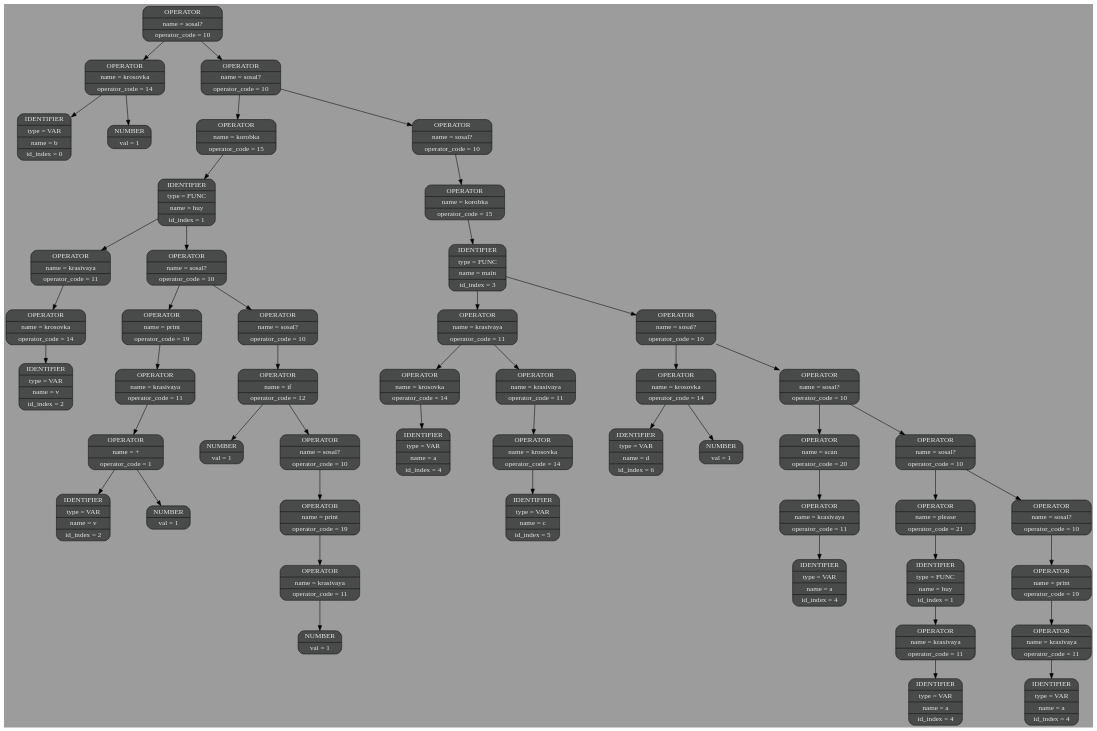
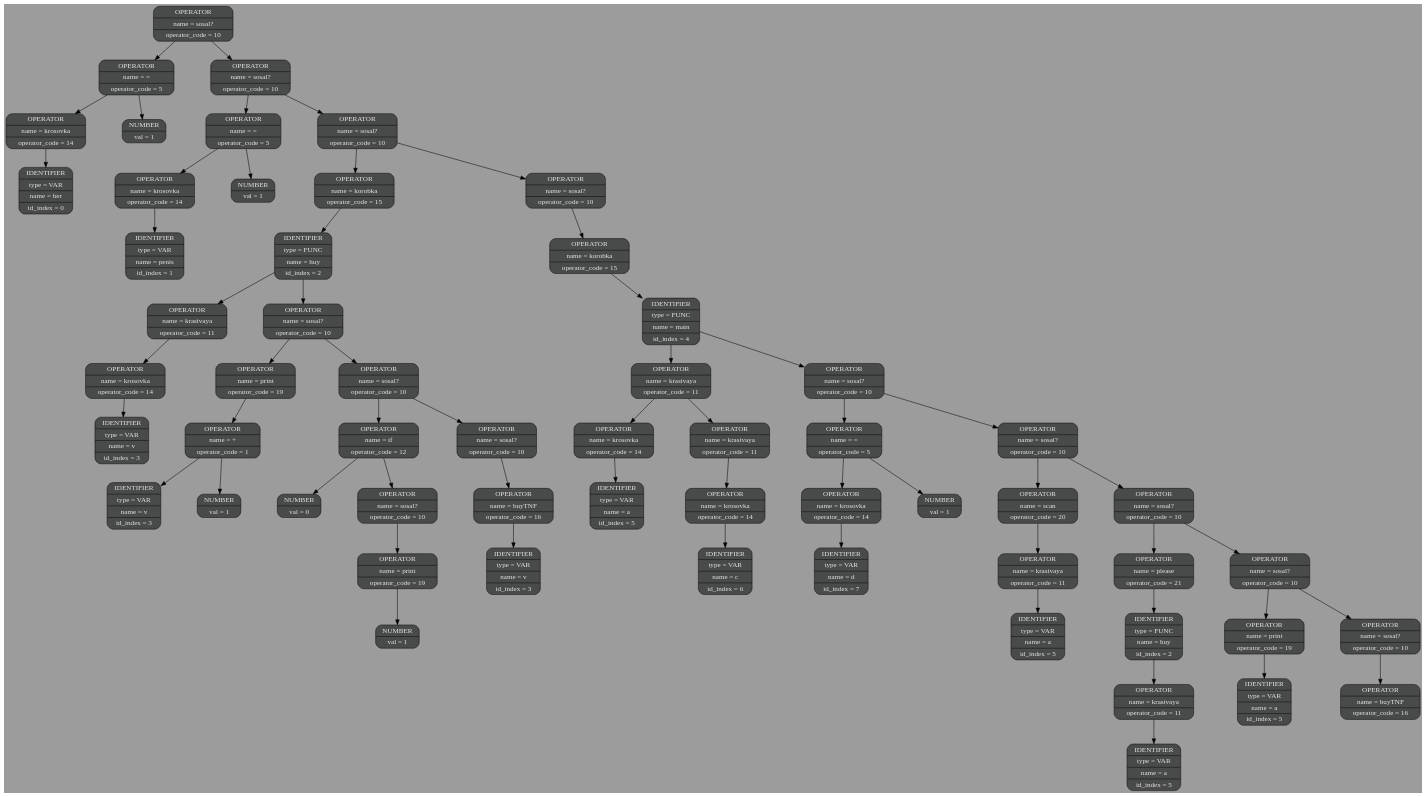
One commit to sevaphasol/language changed the diagram in frontend/logs/dot_files/001.dot. Above: the diagram before and after it, drawn with Graphviz. The commit also changed 13 other files, not shown here.

```diff
--- a/frontend/logs/dot_files/001.dot
+++ b/frontend/logs/dot_files/001.dot
@@ -5,53 +5,62 @@
 node[style=filled, color="#0a0a0a", fillcolor="#494a4a",fontcolor="#e6e6e6", fontsize=14];
 edge[color="#000000", fontsize=12, penwidth=1, fontcolor = "#49006a"];
 bgcolor="#9c9c9c";
-elem0x7bafe5c00010[shape="Mrecord", label= "{OPERATOR | name = sosal? | operator_code = 10}"];
-elem0x7bafe5c00010->elem0x7bafe5c00038;elem0x7bafe5c00038[shape="Mrecord", label= "{OPERATOR | name = krosovka | operator_code = 14}"];
-elem0x7bafe5c00038->elem0x7bafe5c00060;elem0x7bafe5c00060[shape="Mrecord", label= "{IDENTIFIER | type = VAR | name = b | id_index = 0}"];
-elem0x7bafe5c00038->elem0x7bafe5c000b0;elem0x7bafe5c000b0[shape="Mrecord", label= "{NUMBER | val = 1}"];
-elem0x7bafe5c00010->elem0x7bafe5c000d8;elem0x7bafe5c000d8[shape="Mrecord", label= "{OPERATOR | name = sosal? | operator_code = 10}"];
-elem0x7bafe5c000d8->elem0x7bafe5c00100;elem0x7bafe5c00100[shape="Mrecord", label= "{OPERATOR | name = korobka | operator_code = 15}"];
-elem0x7bafe5c00100->elem0x7bafe5c00128;elem0x7bafe5c00128[shape="Mrecord", label= "{IDENTIFIER | type = FUNC | name = huy | id_index = 1}"];
-elem0x7bafe5c00128->elem0x7bafe5c00178;elem0x7bafe5c00178[shape="Mrecord", label= "{OPERATOR | name = krasivaya | operator_code = 11}"];
-elem0x7bafe5c00178->elem0x7bafe5c001a0;elem0x7bafe5c001a0[shape="Mrecord", label= "{OPERATOR | name = krosovka | operator_code = 14}"];
-elem0x7bafe5c001a0->elem0x7bafe5c001c8;elem0x7bafe5c001c8[shape="Mrecord", label= "{IDENTIFIER | type = VAR | name = v | id_index = 2}"];
-elem0x7bafe5c00128->elem0x7bafe5c00240;elem0x7bafe5c00240[shape="Mrecord", label= "{OPERATOR | name = sosal? | operator_code = 10}"];
-elem0x7bafe5c00240->elem0x7bafe5c00268;elem0x7bafe5c00268[shape="Mrecord", label= "{OPERATOR | name = print | operator_code = 19}"];
-elem0x7bafe5c00268->elem0x7bafe5c002b8;elem0x7bafe5c002b8[shape="Mrecord", label= "{OPERATOR | name = krasivaya | operator_code = 11}"];
-elem0x7bafe5c002b8->elem0x7bafe5c00308;elem0x7bafe5c00308[shape="Mrecord", label= "{OPERATOR | name = + | operator_code = 1}"];
-elem0x7bafe5c00308->elem0x7bafe5c002e0;elem0x7bafe5c002e0[shape="Mrecord", label= "{IDENTIFIER | type = VAR | name = v | id_index = 2}"];
-elem0x7bafe5c00308->elem0x7bafe5c00330;elem0x7bafe5c00330[shape="Mrecord", label= "{NUMBER | val = 1}"];
-elem0x7bafe5c00240->elem0x7bafe5c00380;elem0x7bafe5c00380[shape="Mrecord", label= "{OPERATOR | name = sosal? | operator_code = 10}"];
-elem0x7bafe5c00380->elem0x7bafe5c003a8;elem0x7bafe5c003a8[shape="Mrecord", label= "{OPERATOR | name = if | operator_code = 12}"];
-elem0x7bafe5c003a8->elem0x7bafe5c003f8;elem0x7bafe5c003f8[shape="Mrecord", label= "{NUMBER | val = 1}"];
-elem0x7bafe5c003a8->elem0x7bafe5c00470;elem0x7bafe5c00470[shape="Mrecord", label= "{OPERATOR | name = sosal? | operator_code = 10}"];
-elem0x7bafe5c00470->elem0x7bafe5c00498;elem0x7bafe5c00498[shape="Mrecord", label= "{OPERATOR | name = print | operator_code = 19}"];
-elem0x7bafe5c00498->elem0x7bafe5c004e8;elem0x7bafe5c004e8[shape="Mrecord", label= "{OPERATOR | name = krasivaya | operator_code = 11}"];
-elem0x7bafe5c004e8->elem0x7bafe5c00510;elem0x7bafe5c00510[shape="Mrecord", label= "{NUMBER | val = 1}"];
-elem0x7bafe5c000d8->elem0x7bafe5c005b0;elem0x7bafe5c005b0[shape="Mrecord", label= "{OPERATOR | name = sosal? | operator_code = 10}"];
-elem0x7bafe5c005b0->elem0x7bafe5c005d8;elem0x7bafe5c005d8[shape="Mrecord", label= "{OPERATOR | name = korobka | operator_code = 15}"];
-elem0x7bafe5c005d8->elem0x7bafe5c00600;elem0x7bafe5c00600[shape="Mrecord", label= "{IDENTIFIER | type = FUNC | name = main | id_index = 3}"];
-elem0x7bafe5c00600->elem0x7bafe5c00650;elem0x7bafe5c00650[shape="Mrecord", label= "{OPERATOR | name = krasivaya | operator_code = 11}"];
-elem0x7bafe5c00650->elem0x7bafe5c00678;elem0x7bafe5c00678[shape="Mrecord", label= "{OPERATOR | name = krosovka | operator_code = 14}"];
-elem0x7bafe5c00678->elem0x7bafe5c006a0;elem0x7bafe5c006a0[shape="Mrecord", label= "{IDENTIFIER | type = VAR | name = a | id_index = 4}"];
-elem0x7bafe5c00650->elem0x7bafe5c006c8;elem0x7bafe5c006c8[shape="Mrecord", label= "{OPERATOR | name = krasivaya | operator_code = 11}"];
-elem0x7bafe5c006c8->elem0x7bafe5c006f0;elem0x7bafe5c006f0[shape="Mrecord", label= "{OPERATOR | name = krosovka | operator_code = 14}"];
-elem0x7bafe5c006f0->elem0x7bafe5c00718;elem0x7bafe5c00718[shape="Mrecord", label= "{IDENTIFIER | type = VAR | name = c | id_index = 5}"];
-elem0x7bafe5c00600->elem0x7bafe5c00790;elem0x7bafe5c00790[shape="Mrecord", label= "{OPERATOR | name = sosal? | operator_code = 10}"];
-elem0x7bafe5c00790->elem0x7bafe5c007b8;elem0x7bafe5c007b8[shape="Mrecord", label= "{OPERATOR | name = krosovka | operator_code = 14}"];
-elem0x7bafe5c007b8->elem0x7bafe5c007e0;elem0x7bafe5c007e0[shape="Mrecord", label= "{IDENTIFIER | type = VAR | name = d | id_index = 6}"];
-elem0x7bafe5c007b8->elem0x7bafe5c00830;elem0x7bafe5c00830[shape="Mrecord", label= "{NUMBER | val = 1}"];
-elem0x7bafe5c00790->elem0x7bafe5c00858;elem0x7bafe5c00858[shape="Mrecord", label= "{OPERATOR | name = sosal? | operator_code = 10}"];
-elem0x7bafe5c00858->elem0x7bafe5c00880;elem0x7bafe5c00880[shape="Mrecord", label= "{OPERATOR | name = scan | operator_code = 20}"];
-elem0x7bafe5c00880->elem0x7bafe5c008d0;elem0x7bafe5c008d0[shape="Mrecord", label= "{OPERATOR | name = krasivaya | operator_code = 11}"];
-elem0x7bafe5c008d0->elem0x7bafe5c008f8;elem0x7bafe5c008f8[shape="Mrecord", label= "{IDENTIFIER | type = VAR | name = a | id_index = 4}"];
-elem0x7bafe5c00858->elem0x7bafe5c00948;elem0x7bafe5c00948[shape="Mrecord", label= "{OPERATOR | name = sosal? | operator_code = 10}"];
-elem0x7bafe5c00948->elem0x7bafe5c00970;elem0x7bafe5c00970[shape="Mrecord", label= "{OPERATOR | name = please | operator_code = 21}"];
-elem0x7bafe5c00970->elem0x7bafe5c00998;elem0x7bafe5c00998[shape="Mrecord", label= "{IDENTIFIER | type = FUNC | name = huy | id_index = 1}"];
-elem0x7bafe5c00998->elem0x7bafe5c009e8;elem0x7bafe5c009e8[shape="Mrecord", label= "{OPERATOR | name = krasivaya | operator_code = 11}"];
-elem0x7bafe5c009e8->elem0x7bafe5c00a10;elem0x7bafe5c00a10[shape="Mrecord", label= "{IDENTIFIER | type = VAR | name = a | id_index = 4}"];
-elem0x7bafe5c00948->elem0x7bafe5c00a60;elem0x7bafe5c00a60[shape="Mrecord", label= "{OPERATOR | name = sosal? | operator_code = 10}"];
-elem0x7bafe5c00a60->elem0x7bafe5c00a88;elem0x7bafe5c00a88[shape="Mrecord", label= "{OPERATOR | name = print | operator_code = 19}"];
-elem0x7bafe5c00a88->elem0x7bafe5c00ad8;elem0x7bafe5c00ad8[shape="Mrecord", label= "{OPERATOR | name = krasivaya | operator_code = 11}"];
-elem0x7bafe5c00ad8->elem0x7bafe5c00b00;elem0x7bafe5c00b00[shape="Mrecord", label= "{IDENTIFIER | type = VAR | name = a | id_index = 4}"];
+elem0x7f8a49000010[shape="Mrecord", label= "{OPERATOR | name = sosal? | operator_code = 10}"];
+elem0x7f8a49000010->elem0x7f8a49000088;elem0x7f8a49000088[shape="Mrecord", label= "{OPERATOR | name = = | operator_code = 5}"];
+elem0x7f8a49000088->elem0x7f8a49000038;elem0x7f8a49000038[shape="Mrecord", label= "{OPERATOR | name = krosovka | operator_code = 14}"];
+elem0x7f8a49000038->elem0x7f8a49000060;elem0x7f8a49000060[shape="Mrecord", label= "{IDENTIFIER | type = VAR | name = her | id_index = 0}"];
+elem0x7f8a49000088->elem0x7f8a490000b0;elem0x7f8a490000b0[shape="Mrecord", label= "{NUMBER | val = 1}"];
+elem0x7f8a49000010->elem0x7f8a490000d8;elem0x7f8a490000d8[shape="Mrecord", label= "{OPERATOR | name = sosal? | operator_code = 10}"];
+elem0x7f8a490000d8->elem0x7f8a49000150;elem0x7f8a49000150[shape="Mrecord", label= "{OPERATOR | name = = | operator_code = 5}"];
+elem0x7f8a49000150->elem0x7f8a49000100;elem0x7f8a49000100[shape="Mrecord", label= "{OPERATOR | name = krosovka | operator_code = 14}"];
+elem0x7f8a49000100->elem0x7f8a49000128;elem0x7f8a49000128[shape="Mrecord", label= "{IDENTIFIER | type = VAR | name = penis | id_index = 1}"];
+elem0x7f8a49000150->elem0x7f8a49000178;elem0x7f8a49000178[shape="Mrecord", label= "{NUMBER | val = 1}"];
+elem0x7f8a490000d8->elem0x7f8a490001a0;elem0x7f8a490001a0[shape="Mrecord", label= "{OPERATOR | name = sosal? | operator_code = 10}"];
+elem0x7f8a490001a0->elem0x7f8a490001c8;elem0x7f8a490001c8[shape="Mrecord", label= "{OPERATOR | name = korobka | operator_code = 15}"];
+elem0x7f8a490001c8->elem0x7f8a490001f0;elem0x7f8a490001f0[shape="Mrecord", label= "{IDENTIFIER | type = FUNC | name = huy | id_index = 2}"];
+elem0x7f8a490001f0->elem0x7f8a49000240;elem0x7f8a49000240[shape="Mrecord", label= "{OPERATOR | name = krasivaya | operator_code = 11}"];
+elem0x7f8a49000240->elem0x7f8a49000268;elem0x7f8a49000268[shape="Mrecord", label= "{OPERATOR | name = krosovka | operator_code = 14}"];
+elem0x7f8a49000268->elem0x7f8a49000290;elem0x7f8a49000290[shape="Mrecord", label= "{IDENTIFIER | type = VAR | name = v | id_index = 3}"];
+elem0x7f8a490001f0->elem0x7f8a49000308;elem0x7f8a49000308[shape="Mrecord", label= "{OPERATOR | name = sosal? | operator_code = 10}"];
+elem0x7f8a49000308->elem0x7f8a49000330;elem0x7f8a49000330[shape="Mrecord", label= "{OPERATOR | name = print | operator_code = 19}"];
+elem0x7f8a49000330->elem0x7f8a490003d0;elem0x7f8a490003d0[shape="Mrecord", label= "{OPERATOR | name = + | operator_code = 1}"];
+elem0x7f8a490003d0->elem0x7f8a490003a8;elem0x7f8a490003a8[shape="Mrecord", label= "{IDENTIFIER | type = VAR | name = v | id_index = 3}"];
+elem0x7f8a490003d0->elem0x7f8a490003f8;elem0x7f8a490003f8[shape="Mrecord", label= "{NUMBER | val = 1}"];
+elem0x7f8a49000308->elem0x7f8a49000448;elem0x7f8a49000448[shape="Mrecord", label= "{OPERATOR | name = sosal? | operator_code = 10}"];
+elem0x7f8a49000448->elem0x7f8a49000470;elem0x7f8a49000470[shape="Mrecord", label= "{OPERATOR | name = if | operator_code = 12}"];
+elem0x7f8a49000470->elem0x7f8a490004c0;elem0x7f8a490004c0[shape="Mrecord", label= "{NUMBER | val = 0}"];
+elem0x7f8a49000470->elem0x7f8a49000538;elem0x7f8a49000538[shape="Mrecord", label= "{OPERATOR | name = sosal? | operator_code = 10}"];
+elem0x7f8a49000538->elem0x7f8a49000560;elem0x7f8a49000560[shape="Mrecord", label= "{OPERATOR | name = print | operator_code = 19}"];
+elem0x7f8a49000560->elem0x7f8a490005d8;elem0x7f8a490005d8[shape="Mrecord", label= "{NUMBER | val = 1}"];
+elem0x7f8a49000448->elem0x7f8a49000650;elem0x7f8a49000650[shape="Mrecord", label= "{OPERATOR | name = sosal? | operator_code = 10}"];
+elem0x7f8a49000650->elem0x7f8a49000678;elem0x7f8a49000678[shape="Mrecord", label= "{OPERATOR | name = buyTNF | operator_code = 16}"];
+elem0x7f8a49000678->elem0x7f8a490006a0;elem0x7f8a490006a0[shape="Mrecord", label= "{IDENTIFIER | type = VAR | name = v | id_index = 3}"];
+elem0x7f8a490001a0->elem0x7f8a490006f0;elem0x7f8a490006f0[shape="Mrecord", label= "{OPERATOR | name = sosal? | operator_code = 10}"];
+elem0x7f8a490006f0->elem0x7f8a49000718;elem0x7f8a49000718[shape="Mrecord", label= "{OPERATOR | name = korobka | operator_code = 15}"];
+elem0x7f8a49000718->elem0x7f8a49000740;elem0x7f8a49000740[shape="Mrecord", label= "{IDENTIFIER | type = FUNC | name = main | id_index = 4}"];
+elem0x7f8a49000740->elem0x7f8a49000790;elem0x7f8a49000790[shape="Mrecord", label= "{OPERATOR | name = krasivaya | operator_code = 11}"];
+elem0x7f8a49000790->elem0x7f8a490007b8;elem0x7f8a490007b8[shape="Mrecord", label= "{OPERATOR | name = krosovka | operator_code = 14}"];
+elem0x7f8a490007b8->elem0x7f8a490007e0;elem0x7f8a490007e0[shape="Mrecord", label= "{IDENTIFIER | type = VAR | name = a | id_index = 5}"];
+elem0x7f8a49000790->elem0x7f8a49000808;elem0x7f8a49000808[shape="Mrecord", label= "{OPERATOR | name = krasivaya | operator_code = 11}"];
+elem0x7f8a49000808->elem0x7f8a49000830;elem0x7f8a49000830[shape="Mrecord", label= "{OPERATOR | name = krosovka | operator_code = 14}"];
+elem0x7f8a49000830->elem0x7f8a49000858;elem0x7f8a49000858[shape="Mrecord", label= "{IDENTIFIER | type = VAR | name = c | id_index = 6}"];
+elem0x7f8a49000740->elem0x7f8a490008d0;elem0x7f8a490008d0[shape="Mrecord", label= "{OPERATOR | name = sosal? | operator_code = 10}"];
+elem0x7f8a490008d0->elem0x7f8a49000948;elem0x7f8a49000948[shape="Mrecord", label= "{OPERATOR | name = = | operator_code = 5}"];
+elem0x7f8a49000948->elem0x7f8a490008f8;elem0x7f8a490008f8[shape="Mrecord", label= "{OPERATOR | name = krosovka | operator_code = 14}"];
+elem0x7f8a490008f8->elem0x7f8a49000920;elem0x7f8a49000920[shape="Mrecord", label= "{IDENTIFIER | type = VAR | name = d | id_index = 7}"];
+elem0x7f8a49000948->elem0x7f8a49000970;elem0x7f8a49000970[shape="Mrecord", label= "{NUMBER | val = 1}"];
+elem0x7f8a490008d0->elem0x7f8a49000998;elem0x7f8a49000998[shape="Mrecord", label= "{OPERATOR | name = sosal? | operator_code = 10}"];
+elem0x7f8a49000998->elem0x7f8a490009c0;elem0x7f8a490009c0[shape="Mrecord", label= "{OPERATOR | name = scan | operator_code = 20}"];
+elem0x7f8a490009c0->elem0x7f8a49000a10;elem0x7f8a49000a10[shape="Mrecord", label= "{OPERATOR | name = krasivaya | operator_code = 11}"];
+elem0x7f8a49000a10->elem0x7f8a49000a38;elem0x7f8a49000a38[shape="Mrecord", label= "{IDENTIFIER | type = VAR | name = a | id_index = 5}"];
+elem0x7f8a49000998->elem0x7f8a49000a88;elem0x7f8a49000a88[shape="Mrecord", label= "{OPERATOR | name = sosal? | operator_code = 10}"];
+elem0x7f8a49000a88->elem0x7f8a49000ab0;elem0x7f8a49000ab0[shape="Mrecord", label= "{OPERATOR | name = please | operator_code = 21}"];
+elem0x7f8a49000ab0->elem0x7f8a49000ad8;elem0x7f8a49000ad8[shape="Mrecord", label= "{IDENTIFIER | type = FUNC | name = huy | id_index = 2}"];
+elem0x7f8a49000ad8->elem0x7f8a49000b28;elem0x7f8a49000b28[shape="Mrecord", label= "{OPERATOR | name = krasivaya | operator_code = 11}"];
+elem0x7f8a49000b28->elem0x7f8a49000b50;elem0x7f8a49000b50[shape="Mrecord", label= "{IDENTIFIER | type = VAR | name = a | id_index = 5}"];
+elem0x7f8a49000a88->elem0x7f8a49000ba0;elem0x7f8a49000ba0[shape="Mrecord", label= "{OPERATOR | name = sosal? | operator_code = 10}"];
+elem0x7f8a49000ba0->elem0x7f8a49000bc8;elem0x7f8a49000bc8[shape="Mrecord", label= "{OPERATOR | name = print | operator_code = 19}"];
+elem0x7f8a49000bc8->elem0x7f8a49000c40;elem0x7f8a49000c40[shape="Mrecord", label= "{IDENTIFIER | type = VAR | name = a | id_index = 5}"];
+elem0x7f8a49000ba0->elem0x7f8a49000c90;elem0x7f8a49000c90[shape="Mrecord", label= "{OPERATOR | name = sosal? | operator_code = 10}"];
+elem0x7f8a49000c90->elem0x7f8a49000cb8;elem0x7f8a49000cb8[shape="Mrecord", label= "{OPERATOR | name = buyTNF | operator_code = 16}"];
 }
```
